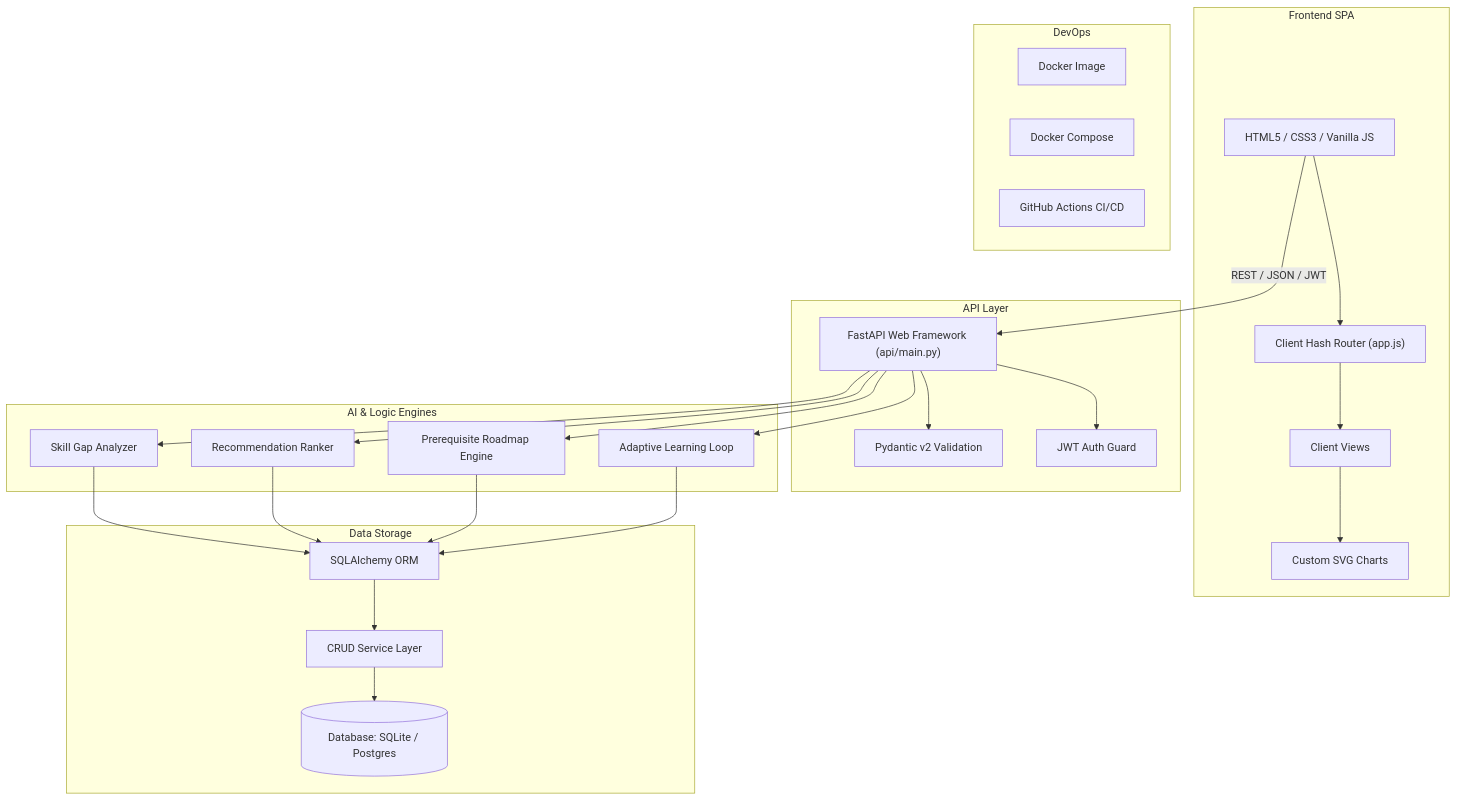
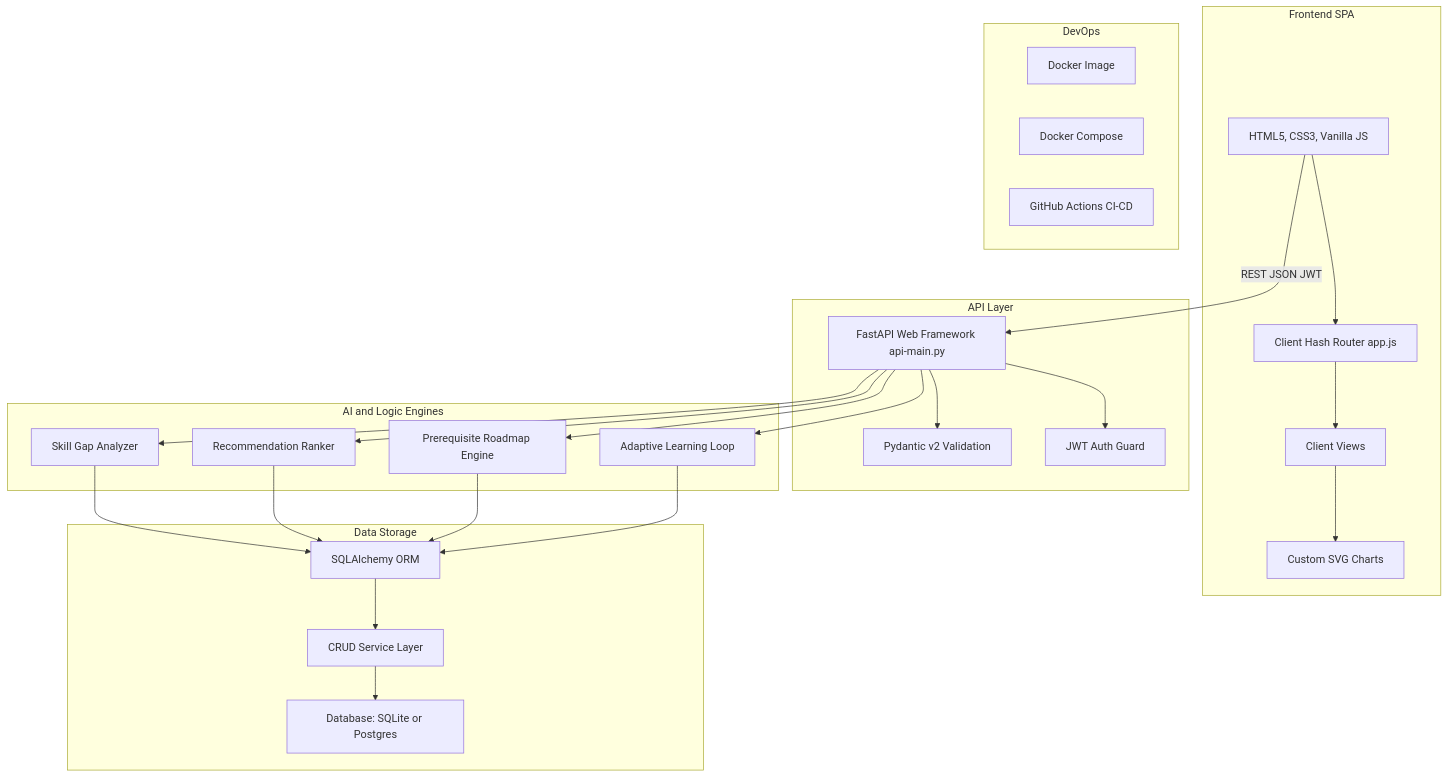
The first of 2 diagrams in Readme.md (bhabana2504/PathFinder), drawn with Mermaid before and after one commit. The commit also changed other lines of this file, not shown here.

Commit message:
fix(docs): fix Mermaid reserved ampersand operator and cylinder bracket syntax for GitHub rendering

````diff
--- a/Readme.md
+++ b/Readme.md
@@ -27,51 +27,51 @@
 ```mermaid
 flowchart TD
     subgraph Frontend [Frontend SPA]
-        UI["HTML5 / CSS3 / Vanilla JS"]
-        Router["Client Hash Router (app.js)"]
+        UI["HTML5, CSS3, Vanilla JS"]
+        Router["Client Hash Router app.js"]
         Views["Client Views"]
         SVG["Custom SVG Charts"]
         UI --> Router
         Router --> Views
         Views --> SVG
     end
 
     subgraph Backend [API Layer]
-        FastAPI["FastAPI Web Framework (api/main.py)"]
+        FastAPI["FastAPI Web Framework api-main.py"]
         Pydantic["Pydantic v2 Validation"]
         AuthGuard["JWT Auth Guard"]
         FastAPI --> Pydantic
         FastAPI --> AuthGuard
     end
 
-    subgraph Engines [AI & Logic Engines]
+    subgraph Engines [AI and Logic Engines]
         GapEngine["Skill Gap Analyzer"]
         RecEngine["Recommendation Ranker"]
         PathEngine["Prerequisite Roadmap Engine"]
         AdaptiveEngine["Adaptive Learning Loop"]
     end
 
     subgraph Storage [Data Storage]
         ORM["SQLAlchemy ORM"]
         CRUD["CRUD Service Layer"]
-        DB[("Database: SQLite / Postgres")]
+        DB["Database: SQLite or Postgres"]
         ORM --> CRUD
         CRUD --> DB
     end
 
     subgraph DevOps [DevOps]
         Docker["Docker Image"]
         Compose["Docker Compose"]
-        CI["GitHub Actions CI/CD"]
+        CI["GitHub Actions CI-CD"]
     end
 
-    UI -->|REST / JSON / JWT| FastAPI
+    UI -->|REST JSON JWT| FastAPI
     FastAPI --> GapEngine
     FastAPI --> RecEngine
     FastAPI --> PathEngine
     FastAPI --> AdaptiveEngine
     GapEngine --> ORM
     RecEngine --> ORM
     PathEngine --> ORM
     AdaptiveEngine --> ORM
 ```
````
